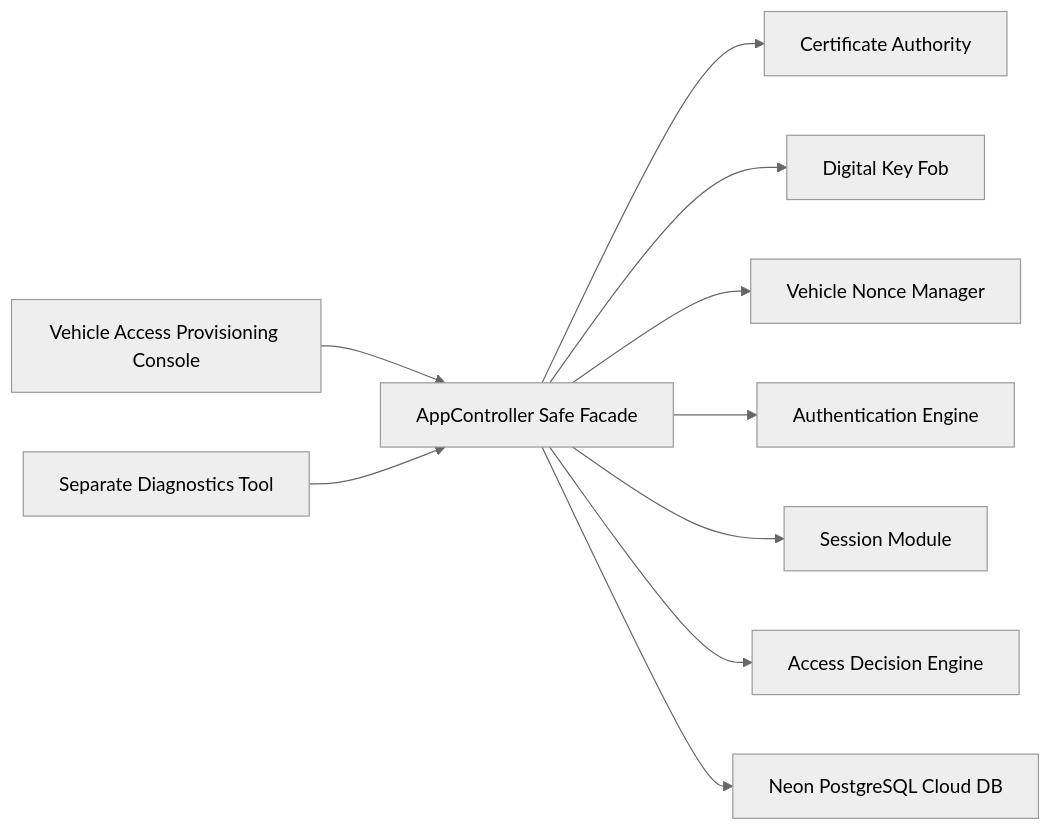
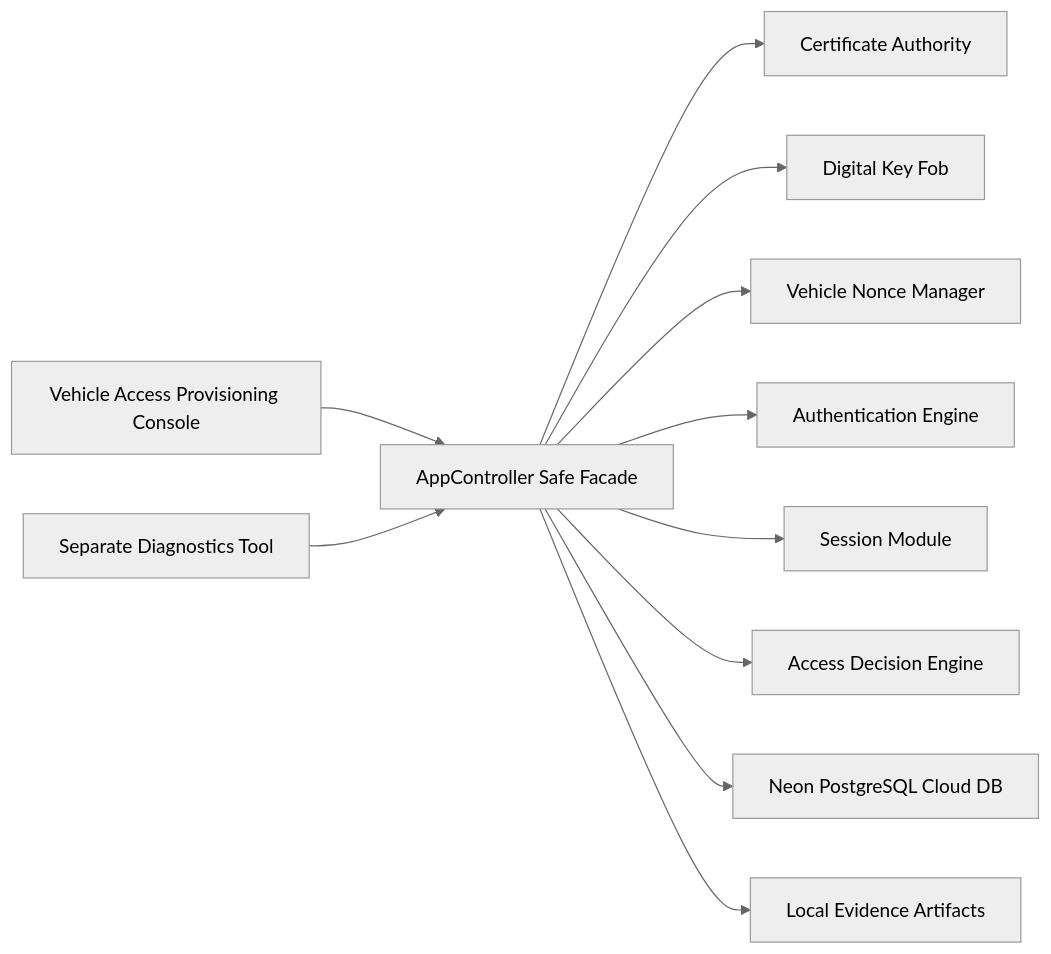
Before and after one commit to Makkkiiii/Automotive-Identity-and-Access-Control-System: the first of 4 diagrams in README.md, drawn with Mermaid (neutral theme). The commit also changed other lines of this file, not shown here.

````diff
--- a/README.md
+++ b/README.md
@@ -176,23 +169,25 @@
 ```mermaid
 flowchart LR
     GUI["Vehicle Access Provisioning Console"]
     CTRL["AppController Safe Facade"]
     CA["Certificate Authority"]
     FOB["Digital Key Fob"]
     VEH["Vehicle Nonce Manager"]
     AUTH["Authentication Engine"]
     SESSION["Session Module"]
     ACCESS["Access Decision Engine"]
     DB["Neon PostgreSQL Cloud DB"]
+    FILES["Local Evidence Artifacts"]
     DIAG["Separate Diagnostics Tool"]
 
     GUI --> CTRL
     DIAG --> CTRL
     CTRL --> CA
     CTRL --> FOB
     CTRL --> VEH
     CTRL --> AUTH
     CTRL --> SESSION
     CTRL --> ACCESS
     CTRL --> DB
+    CTRL --> FILES
 ```
````
